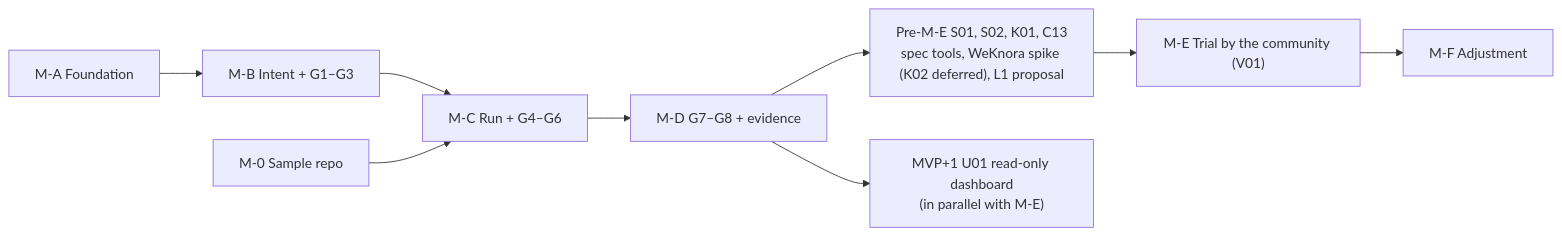
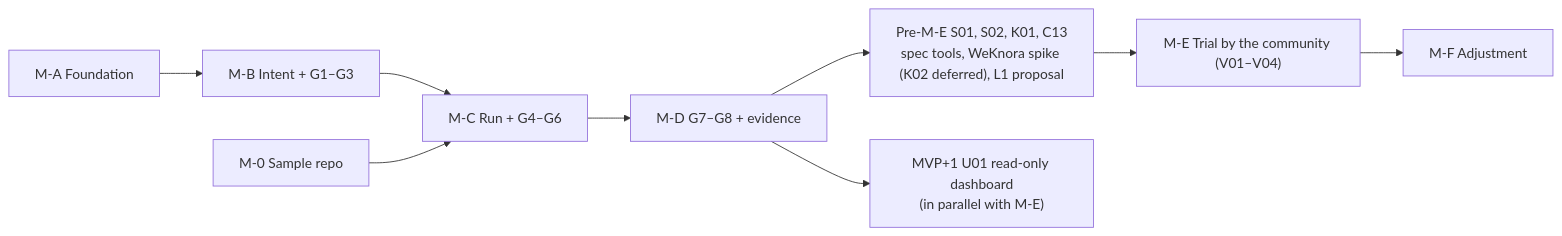
Before and after one commit to hoanghainh1188/agentic-sdlc-framework: the diagram in design/D-08-mvp-backlog.md, drawn with Mermaid. The commit also changed other lines of this file and 5 other files, not shown here.

````diff
--- a/design/D-08-mvp-backlog.md
+++ b/design/D-08-mvp-backlog.md
@@ -52,11 +52,11 @@
 ```mermaid
 flowchart LR
     MA["M-A Foundation"] --> MB["M-B Intent + G1–G3"]
     MB --> MC["M-C Run + G4–G6"]
     M0["M-0 Sample repo"] --> MC
     MC --> MD["M-D G7–G8 + evidence"]
     MD --> MP["Pre-M-E S01, S02, K01, C13<br/>spec tools, WeKnora spike (K02 deferred), L1 proposal"]
-    MP --> ME["M-E Trial by the community (V01)"]
+    MP --> ME["M-E Trial by the community (V01–V04)"]
     ME --> MF["M-F Adjustment"]
     MD --> MU["MVP+1 U01 read-only dashboard<br/>(in parallel with M-E)"]
 ```
````
